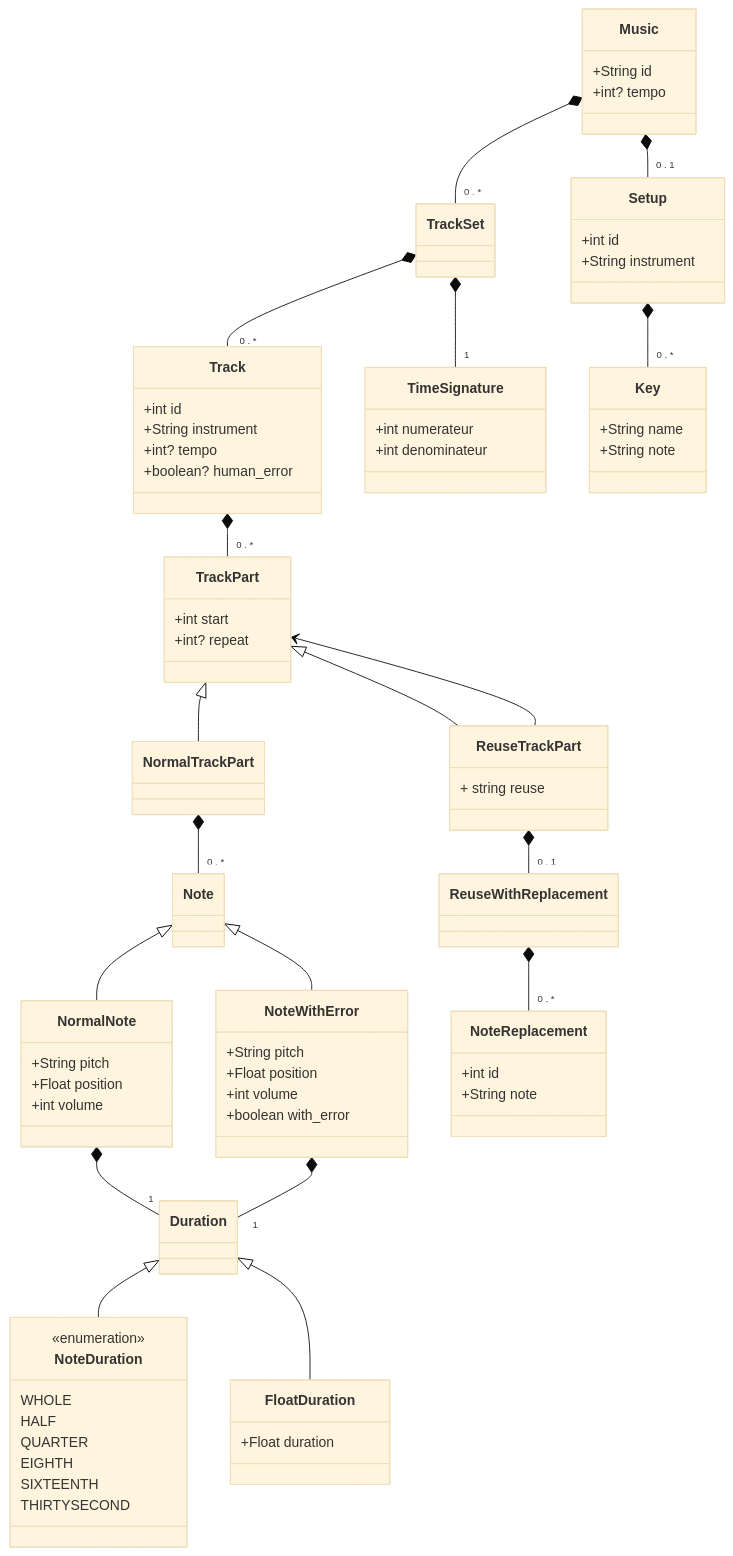
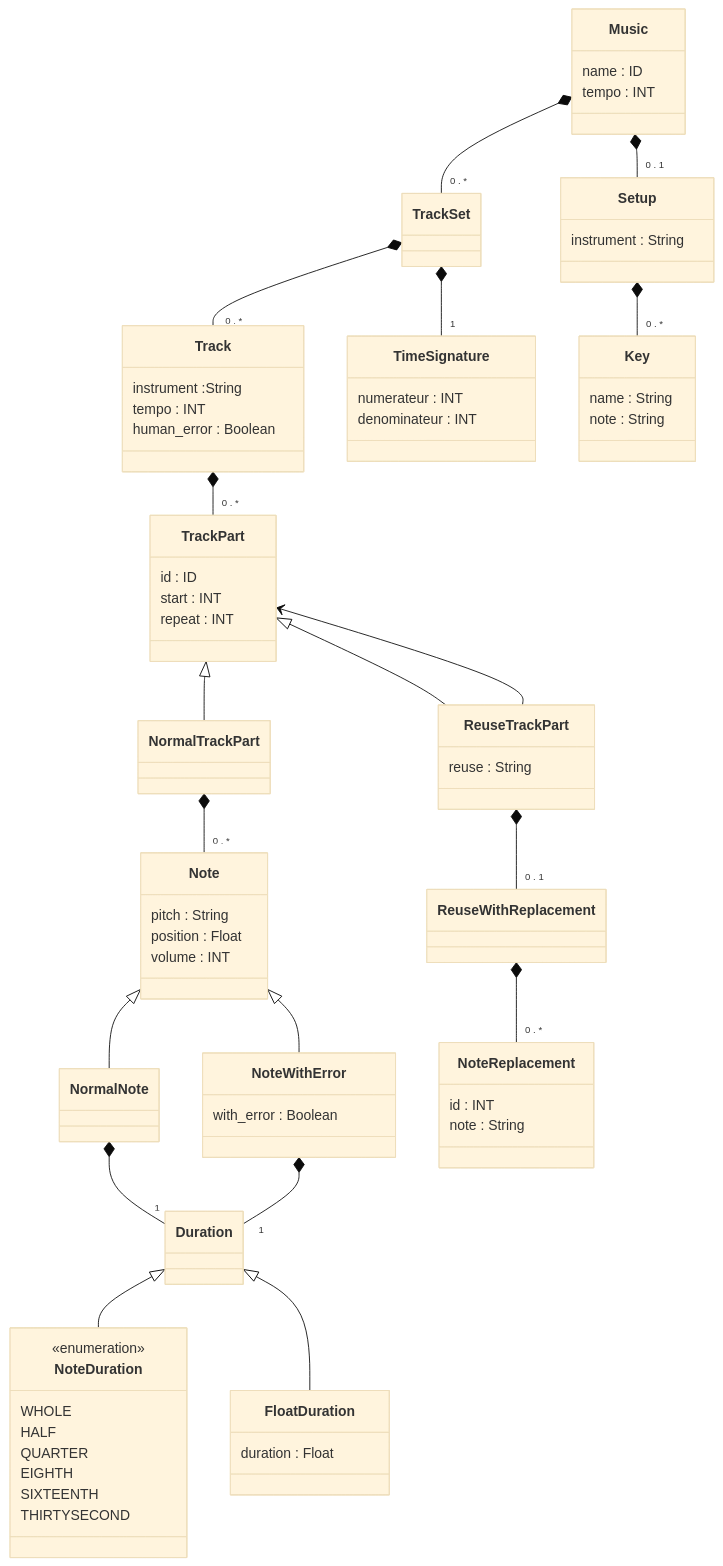
The diagram in README.md (Jules-Prince/musicae), drawn with Mermaid (base theme) before and after one commit.

Commit message:
finition diagram

```diff
--- a/README.md
+++ b/README.md
@@ -62,8 +62,8 @@
     }
 
     class Music{
-      +String id
-      +int? tempo
+      name : ID
+      tempo : INT
     }
 
     class TrackSet{
@@ -71,15 +71,15 @@
     }
 
     class Track{
-      +int id
-      +String instrument
-      +int? tempo
-      +boolean? human_error
+       instrument :String
+       tempo : INT
+       human_error : Boolean
     }
 
     class TrackPart{
-        +int start
-        +int? repeat
+        id : ID
+        start : INT
+        repeat : INT
     }
 
     class NormalTrackPart{
@@ -89,7 +89,7 @@
     
 
     class ReuseTrackPart{
-        + string reuse
+        reuse : String
 
     }
 
@@ -99,40 +99,37 @@
     }
 
     class NoteReplacement{
-        +int id
-        +String note
+        id : INT
+        note : String
     }
     
     class TimeSignature{
-        +int numerateur
-        +int denominateur
+        numerateur : INT
+        denominateur : INT
     }
 
     class Setup {
-      +int id
-      +String instrument
+       instrument : String
     }
 
     class Key {
-        +String name
-        +String note
+         name : String
+         note : String
     }
 
     class Note {
+        pitch : String
+        position : Float
+        volume : INT
 
     }
 
     class NormalNote {
-        +String pitch
-        +Float position
-        +int volume
+         
     }
 
     class NoteWithError {
-        +String pitch
-        +Float position
-        +int volume
-        +boolean with_error
+        with_error : Boolean 
     }
 
     class Duration{
@@ -140,7 +137,7 @@
     }
 
     class FloatDuration{
-        +Float duration
+        duration : Float 
     }
 
 
```
